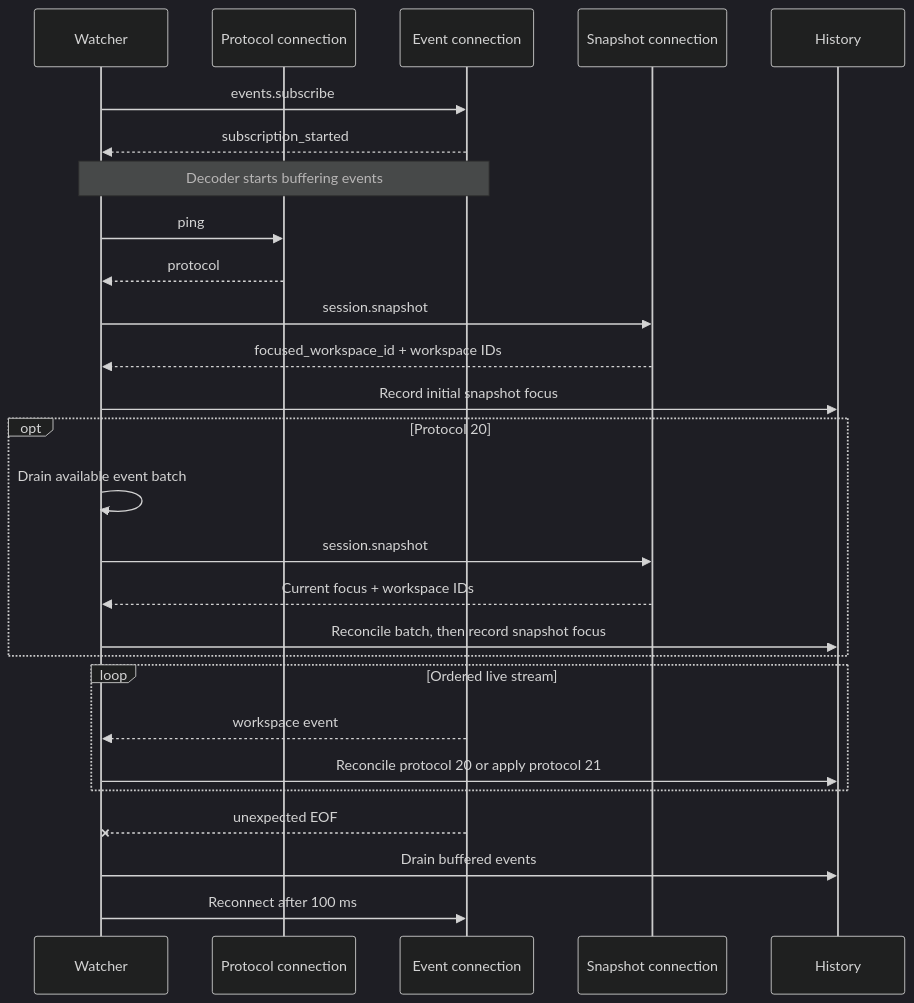
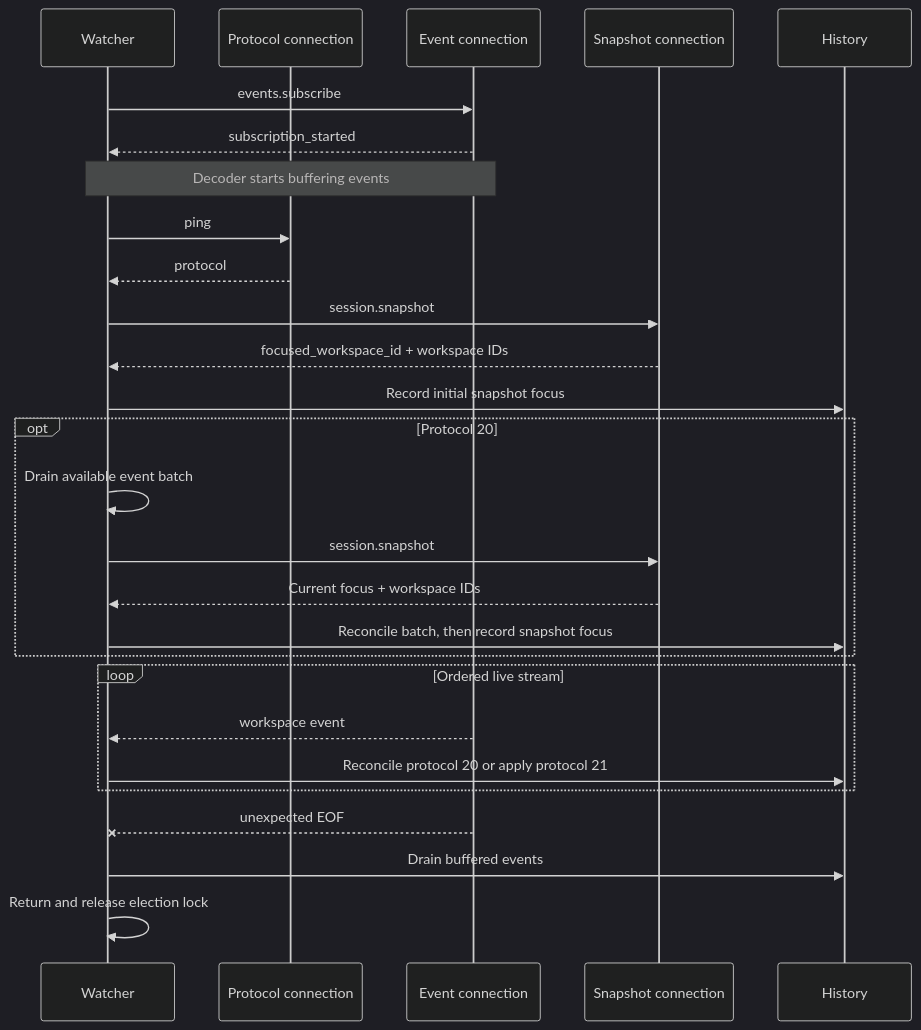
One commit to fullerzz/herdr-plugin-sesh changed the second of 3 diagrams in docs/development/workspace-history.md. Above: the diagram before and after it, drawn with Mermaid (dark theme). The commit also changed other lines of this file and 5 other files, not shown here.

````diff
--- a/docs/development/workspace-history.md
+++ b/docs/development/workspace-history.md
@@ -101,29 +113,29 @@
 ```mermaid
 sequenceDiagram
     participant W as Watcher
     participant P as Protocol connection
     participant E as Event connection
     participant S as Snapshot connection
     participant H as History
     W->>E: events.subscribe
     E-->>W: subscription_started
     Note over W,E: Decoder starts buffering events
     W->>P: ping
     P-->>W: protocol
     W->>S: session.snapshot
     S-->>W: focused_workspace_id + workspace IDs
     W->>H: Record initial snapshot focus
     opt Protocol 20
         W->>W: Drain available event batch
         W->>S: session.snapshot
         S-->>W: Current focus + workspace IDs
         W->>H: Reconcile batch, then record snapshot focus
     end
     loop Ordered live stream
         E-->>W: workspace event
         W->>H: Reconcile protocol 20 or apply protocol 21
     end
     E--xW: unexpected EOF
     W->>H: Drain buffered events
-    W->>E: Reconnect after 100 ms
+    W->>W: Return and release election lock
 ```
````
